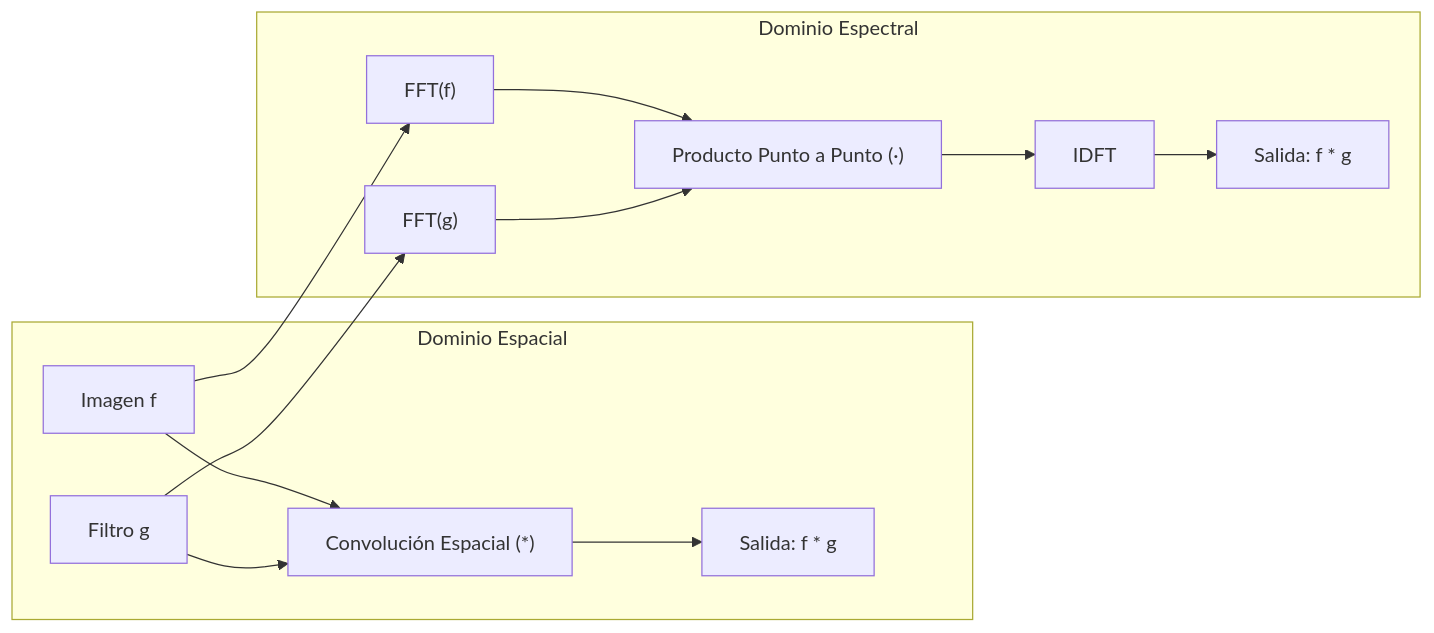
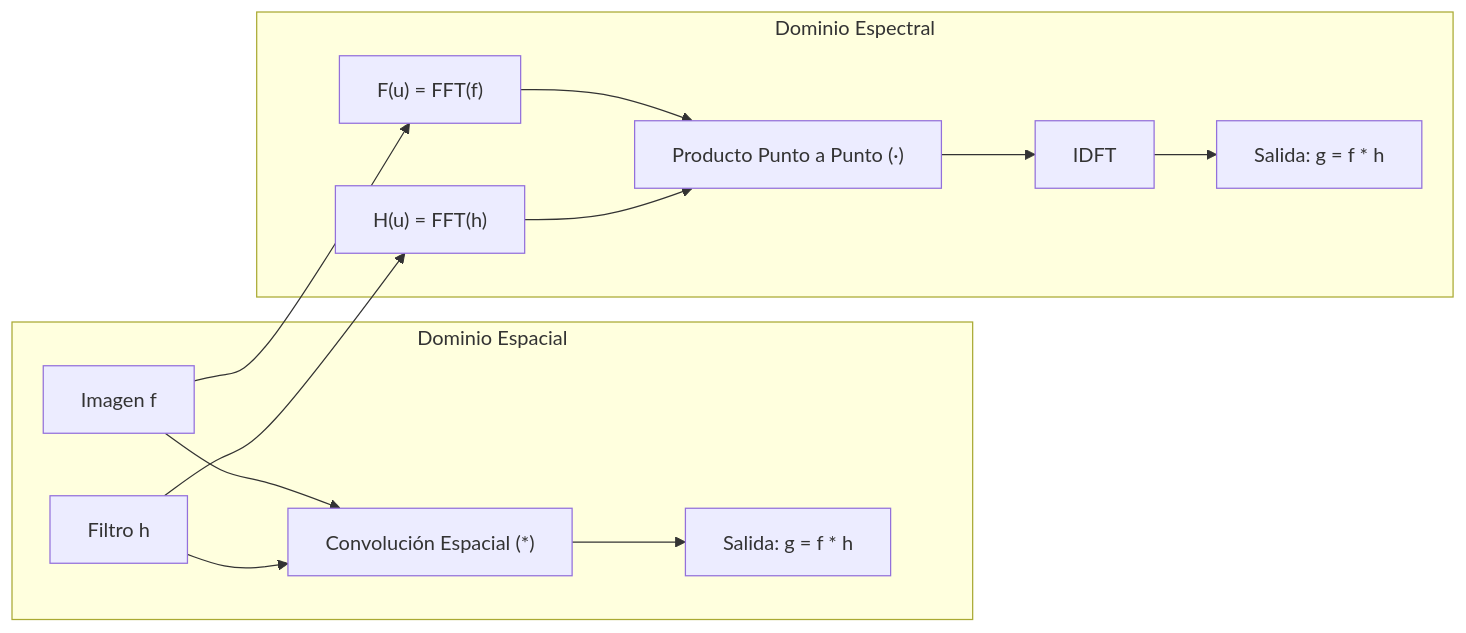
Before and after one commit to DanielChicoUGR/VC_APUNTES: the third of 4 diagrams in Tema 2/3. Analisis de Frecuencia.md, drawn with Mermaid. The commit also changed other lines of this file and 10 other files, not shown here.

````diff
--- a/Tema 2/3. Analisis de Frecuencia.md
+++ b/Tema 2/3. Analisis de Frecuencia.md
@@ -117,16 +210,16 @@
 ```mermaid
 flowchart LR
     subgraph Dominio Espacial
         I["Imagen f"] --> Conv["Convolución Espacial (*)"]
-        H["Filtro g"] --> Conv
-        Conv --> O1["Salida: f * g"]
+        H["Filtro h"] --> Conv
+        Conv --> O1["Salida: g = f * h"]
     end
     subgraph Dominio Espectral
-        I --> FFT_I["FFT(f)"]
-        H --> FFT_H["FFT(g)"]
+        I --> FFT_I["F(u) = FFT(f)"]
+        H --> FFT_H["H(u) = FFT(h)"]
         FFT_I --> Mult["Producto Punto a Punto (·)"]
         FFT_H --> Mult
         Mult --> IFFT["IDFT"]
-        IFFT --> O2["Salida: f * g"]
+        IFFT --> O2["Salida: g = f * h"]
     end
 ```
````
